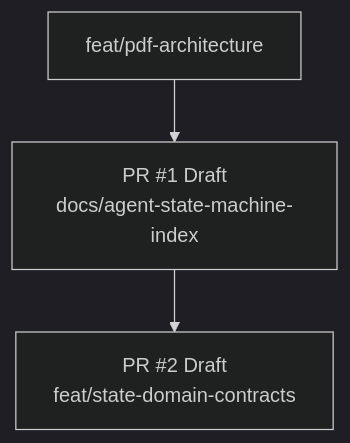
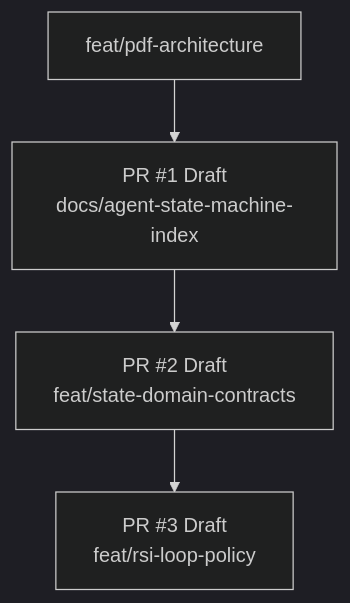
One commit to ed3c/post-training-rsi-pipeline changed the first of 2 diagrams in docs/stacked-pr-plan.md. Above: the diagram before and after it, drawn with Mermaid (dark theme). The commit also changed other lines of this file, not shown here.

Commit message:
docs(stack): add actual PR 3 policy child and sibling boundaries

````diff
--- a/docs/stacked-pr-plan.md
+++ b/docs/stacked-pr-plan.md
@@ -24,5 +24,6 @@
 ```mermaid
 flowchart TD
     B[feat/pdf-architecture] --> P1[PR #1 Draft\ndocs/agent-state-machine-index]
     P1 --> P2[PR #2 Draft\nfeat/state-domain-contracts]
+    P2 --> P3[PR #3 Draft\nfeat/rsi-loop-policy]
 ```
````
